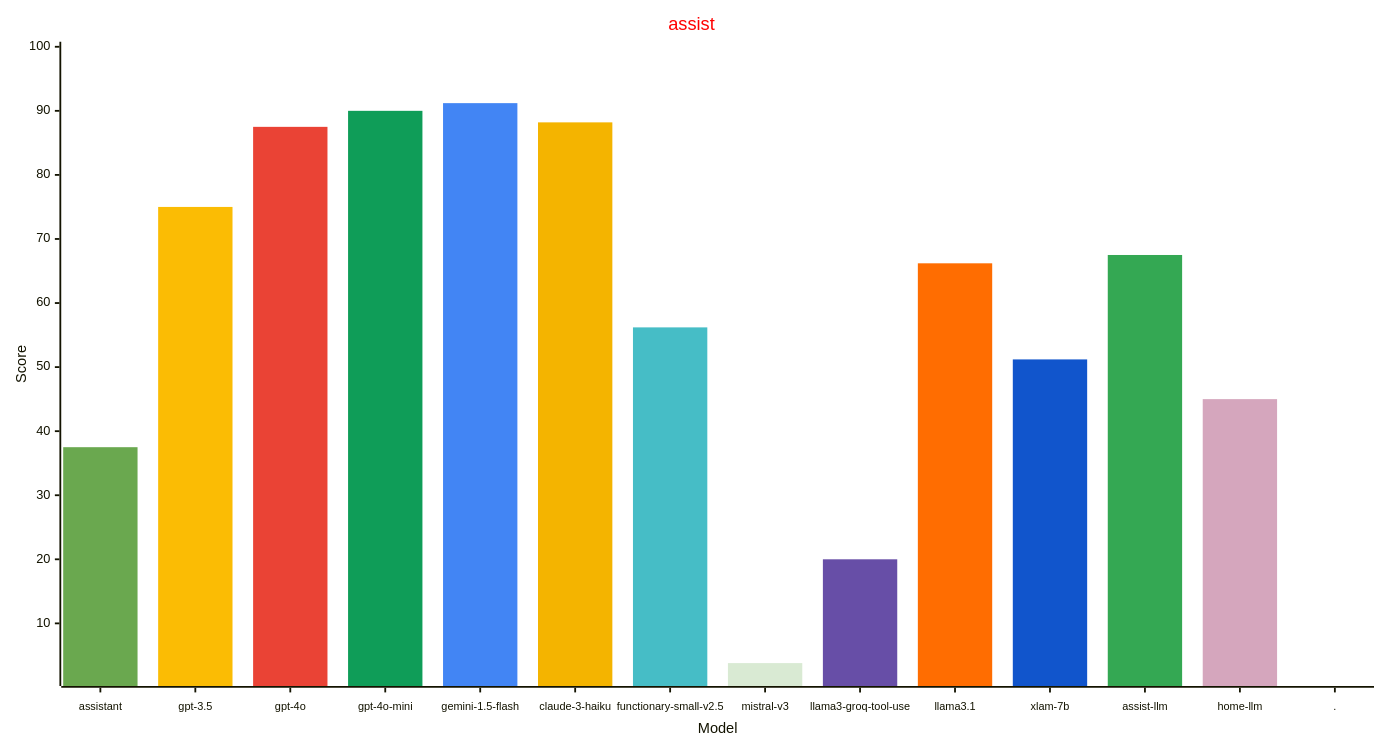
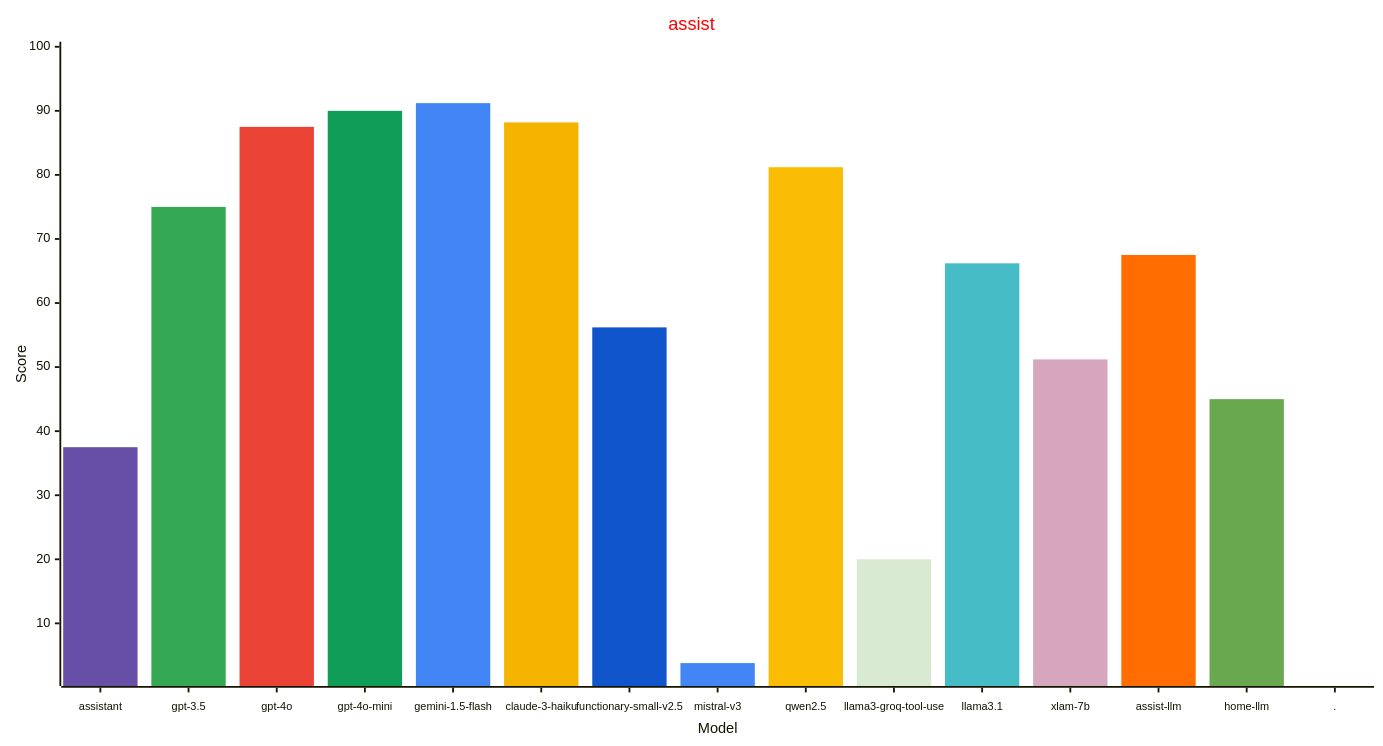
The first of 3 diagrams in reports/README.md (allenporter/home-assistant-datasets), drawn with Mermaid before and after one commit. The commit also changed other lines of this file and 134 other files, not shown here.

Commit message:
Record qwen2.5 score for assist and assist-mini

````diff
--- a/reports/README.md
+++ b/reports/README.md
@@ -43,34 +44,35 @@
 ```mermaid
 ---
 config:
     xyChart:
         width: 1500
         height: 800
         xAxis:
           labelFontSize: 12
           labelPadding: 8
     themeVariables:
         xyChart:
             titleColor: "#ff0000"
-            plotColorPalette: "#6aa84f, #fbbc04, #ea4335, #0f9d58, #4285f4, #f4b400, #46bdc6, #d9ead3, #674ea7, #ff6d01, #1155cc, #34a853, #d5a6bd, #4285f4"
+            plotColorPalette: "#674ea7, #34a853, #ea4335, #0f9d58, #4285f4, #f4b400, #1155cc, #4285f4, #fbbc04, #d9ead3, #46bdc6, #d5a6bd, #ff6d01, #6aa84f, #4285f4"
 
 ---
 xychart-beta
   title "assist"
-  x-axis "Model" [assistant, gpt-3.5, gpt-4o, gpt-4o-mini, gemini-1.5-flash, claude-3-haiku, functionary-small-v2.5, mistral-v3, llama3-groq-tool-use, llama3.1, xlam-7b, assist-llm, home-llm, .]
+  x-axis "Model" [assistant, gpt-3.5, gpt-4o, gpt-4o-mini, gemini-1.5-flash, claude-3-haiku, functionary-small-v2.5, mistral-v3, qwen2.5, llama3-groq-tool-use, llama3.1, xlam-7b, assist-llm, home-llm, .]
   y-axis "Score" 1 --> 100
-  bar [37.5, 0.0, 0.0, 0.0, 0.0, 0.0, 0.0, 0.0, 0.0, 0.0, 0.0, 0.0, 0.0, 0.0]
-  bar [0.0, 75.0, 0.0, 0.0, 0.0, 0.0, 0.0, 0.0, 0.0, 0.0, 0.0, 0.0, 0.0, 0.0]
-  bar [0.0, 0.0, 87.5, 0.0, 0.0, 0.0, 0.0, 0.0, 0.0, 0.0, 0.0, 0.0, 0.0, 0.0]
-  bar [0.0, 0.0, 0.0, 90.0, 0.0, 0.0, 0.0, 0.0, 0.0, 0.0, 0.0, 0.0, 0.0, 0.0]
-  bar [0.0, 0.0, 0.0, 0.0, 91.2, 0.0, 0.0, 0.0, 0.0, 0.0, 0.0, 0.0, 0.0, 0.0]
-  bar [0.0, 0.0, 0.0, 0.0, 0.0, 88.2, 0.0, 0.0, 0.0, 0.0, 0.0, 0.0, 0.0, 0.0]
-  bar [0.0, 0.0, 0.0, 0.0, 0.0, 0.0, 56.2, 0.0, 0.0, 0.0, 0.0, 0.0, 0.0, 0.0]
-  bar [0.0, 0.0, 0.0, 0.0, 0.0, 0.0, 0.0, 3.8, 0.0, 0.0, 0.0, 0.0, 0.0, 0.0]
-  bar [0.0, 0.0, 0.0, 0.0, 0.0, 0.0, 0.0, 0.0, 20.0, 0.0, 0.0, 0.0, 0.0, 0.0]
-  bar [0.0, 0.0, 0.0, 0.0, 0.0, 0.0, 0.0, 0.0, 0.0, 66.2, 0.0, 0.0, 0.0, 0.0]
-  bar [0.0, 0.0, 0.0, 0.0, 0.0, 0.0, 0.0, 0.0, 0.0, 0.0, 51.2, 0.0, 0.0, 0.0]
-  bar [0.0, 0.0, 0.0, 0.0, 0.0, 0.0, 0.0, 0.0, 0.0, 0.0, 0.0, 67.5, 0.0, 0.0]
-  bar [0.0, 0.0, 0.0, 0.0, 0.0, 0.0, 0.0, 0.0, 0.0, 0.0, 0.0, 0.0, 45.0, 0.0]
-  bar [0.0, 0.0, 0.0, 0.0, 0.0, 0.0, 0.0, 0.0, 0.0, 0.0, 0.0, 0.0, 0.0, -1.0]
+  bar [37.5, 0.0, 0.0, 0.0, 0.0, 0.0, 0.0, 0.0, 0.0, 0.0, 0.0, 0.0, 0.0, 0.0, 0.0]
+  bar [0.0, 75.0, 0.0, 0.0, 0.0, 0.0, 0.0, 0.0, 0.0, 0.0, 0.0, 0.0, 0.0, 0.0, 0.0]
+  bar [0.0, 0.0, 87.5, 0.0, 0.0, 0.0, 0.0, 0.0, 0.0, 0.0, 0.0, 0.0, 0.0, 0.0, 0.0]
+  bar [0.0, 0.0, 0.0, 90.0, 0.0, 0.0, 0.0, 0.0, 0.0, 0.0, 0.0, 0.0, 0.0, 0.0, 0.0]
+  bar [0.0, 0.0, 0.0, 0.0, 91.2, 0.0, 0.0, 0.0, 0.0, 0.0, 0.0, 0.0, 0.0, 0.0, 0.0]
+  bar [0.0, 0.0, 0.0, 0.0, 0.0, 88.2, 0.0, 0.0, 0.0, 0.0, 0.0, 0.0, 0.0, 0.0, 0.0]
+  bar [0.0, 0.0, 0.0, 0.0, 0.0, 0.0, 56.2, 0.0, 0.0, 0.0, 0.0, 0.0, 0.0, 0.0, 0.0]
+  bar [0.0, 0.0, 0.0, 0.0, 0.0, 0.0, 0.0, 3.8, 0.0, 0.0, 0.0, 0.0, 0.0, 0.0, 0.0]
+  bar [0.0, 0.0, 0.0, 0.0, 0.0, 0.0, 0.0, 0.0, 81.2, 0.0, 0.0, 0.0, 0.0, 0.0, 0.0]
+  bar [0.0, 0.0, 0.0, 0.0, 0.0, 0.0, 0.0, 0.0, 0.0, 20.0, 0.0, 0.0, 0.0, 0.0, 0.0]
+  bar [0.0, 0.0, 0.0, 0.0, 0.0, 0.0, 0.0, 0.0, 0.0, 0.0, 66.2, 0.0, 0.0, 0.0, 0.0]
+  bar [0.0, 0.0, 0.0, 0.0, 0.0, 0.0, 0.0, 0.0, 0.0, 0.0, 0.0, 51.2, 0.0, 0.0, 0.0]
+  bar [0.0, 0.0, 0.0, 0.0, 0.0, 0.0, 0.0, 0.0, 0.0, 0.0, 0.0, 0.0, 67.5, 0.0, 0.0]
+  bar [0.0, 0.0, 0.0, 0.0, 0.0, 0.0, 0.0, 0.0, 0.0, 0.0, 0.0, 0.0, 0.0, 45.0, 0.0]
+  bar [0.0, 0.0, 0.0, 0.0, 0.0, 0.0, 0.0, 0.0, 0.0, 0.0, 0.0, 0.0, 0.0, 0.0, -1.0]
 ```
````
